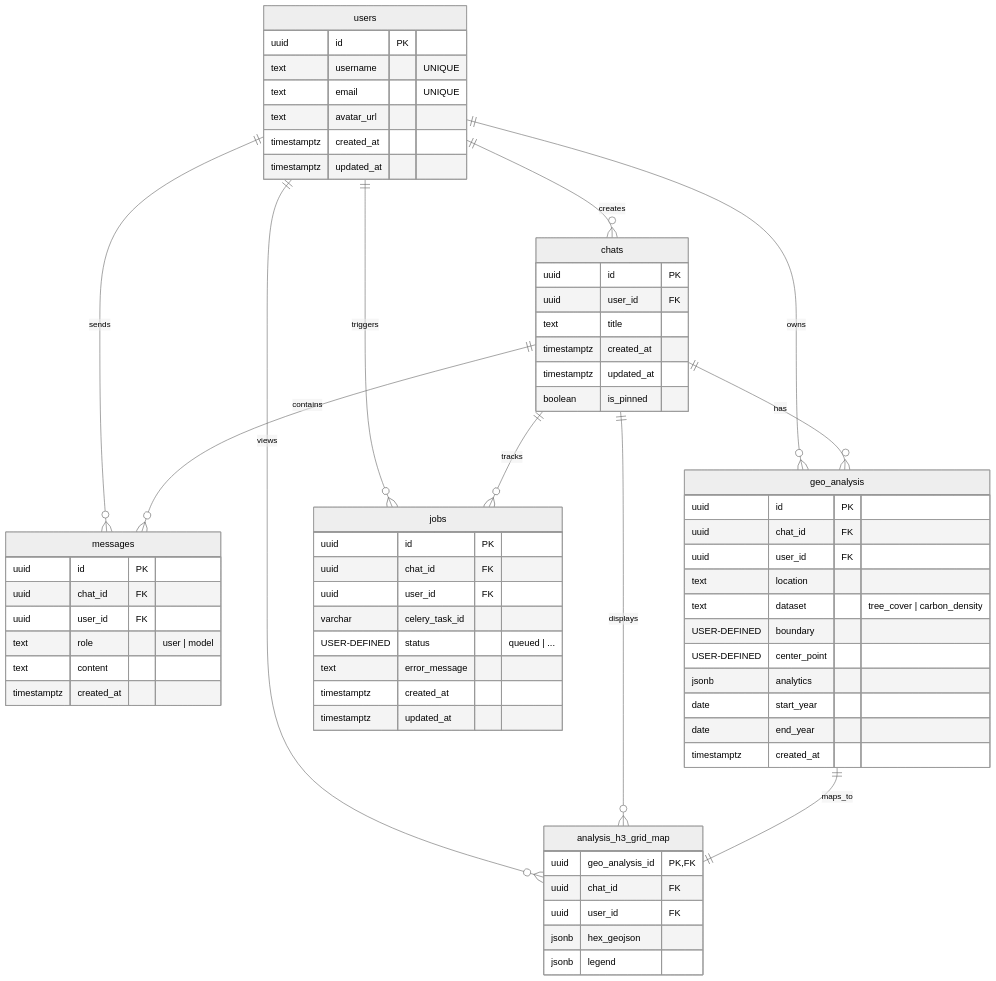
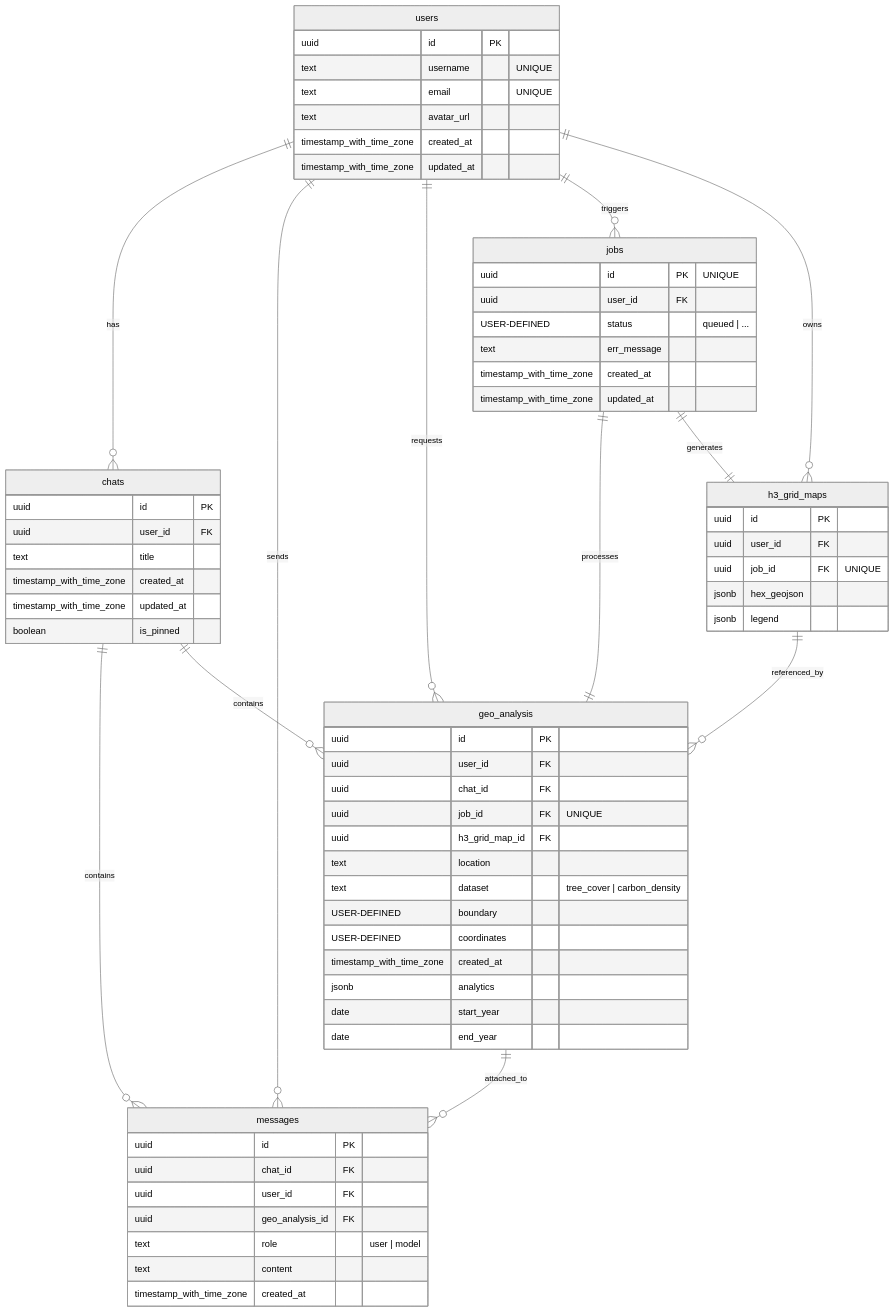
One commit to Harilala42/Canopiq changed the diagram in README.md. Above: the diagram before and after it, drawn with Mermaid (neutral theme). The commit also changed 13 other files, not shown here.

Commit message:
fix: correct chat state management when sending new message

````diff
--- a/README.md
+++ b/README.md
@@ -41,75 +41,78 @@
 ```mermaid
 erDiagram
 	users {
 		uuid id PK
 		text username "UNIQUE"
 		text email "UNIQUE"
 		text avatar_url
-		timestamptz created_at
-		timestamptz updated_at
+		timestamp_with_time_zone created_at
+		timestamp_with_time_zone updated_at
 	}
 
 	chats {
 		uuid id PK
 		uuid user_id FK
 		text title
-		timestamptz created_at
-		timestamptz updated_at
+		timestamp_with_time_zone created_at
+		timestamp_with_time_zone updated_at
 		boolean is_pinned
 	}
 
 	messages {
 		uuid id PK
 		uuid chat_id FK
 		uuid user_id FK
+		uuid geo_analysis_id FK
 		text role "user | model"
 		text content
-		timestamptz created_at
+		timestamp_with_time_zone created_at
 	}
 
 	geo_analysis {
 		uuid id PK
+		uuid user_id FK
 		uuid chat_id FK
-		uuid user_id FK
+		uuid job_id FK "UNIQUE"
+		uuid h3_grid_map_id FK
 		text location
 		text dataset "tree_cover | carbon_density"
 		USER-DEFINED boundary
-		USER-DEFINED center_point
+		USER-DEFINED coordinates
+		timestamp_with_time_zone created_at
 		jsonb analytics
 		date start_year
 		date end_year
-		timestamptz created_at
 	}
 
 	jobs {
-		uuid id PK
-		uuid chat_id FK
+		uuid id PK "UNIQUE"
 		uuid user_id FK
-		varchar celery_task_id
 		USER-DEFINED status "queued | ..."
-		text error_message
-		timestamptz created_at
-		timestamptz updated_at
+		text err_message
+		timestamp_with_time_zone created_at
+		timestamp_with_time_zone updated_at
 	}
 
-	analysis_h3_grid_map {
-		uuid geo_analysis_id PK, FK
-		uuid chat_id FK
+	h3_grid_maps {
+		uuid id PK
 		uuid user_id FK
+		uuid job_id FK "UNIQUE"
 		jsonb hex_geojson
 		jsonb legend
 	}
 
-	users ||--o{ chats : "creates"
+	users ||--o{ chats : "has"
 	users ||--o{ messages : "sends"
-	users ||--o{ geo_analysis : "owns"
+	users ||--o{ geo_analysis : "requests"
 	users ||--o{ jobs : "triggers"
-	users ||--o{ analysis_h3_grid_map : "views"
+	users ||--o{ h3_grid_maps : "owns"
 
 	chats ||--o{ messages : "contains"
-	chats ||--o{ geo_analysis : "has"
-	chats ||--o{ jobs : "tracks"
-	chats ||--o{ analysis_h3_grid_map : "displays"
+	chats ||--o{ geo_analysis : "contains"
 
-	geo_analysis ||--|| analysis_h3_grid_map : "maps_to"
+	jobs ||--|| geo_analysis : "processes"
+	jobs ||--|| h3_grid_maps : "generates"
+
+	h3_grid_maps ||--o{ geo_analysis : "referenced_by"
+	geo_analysis ||--o{ messages : "attached_to"
 ```
````
